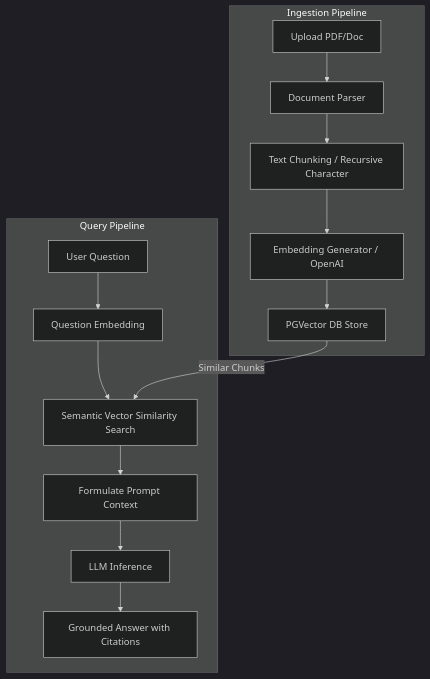
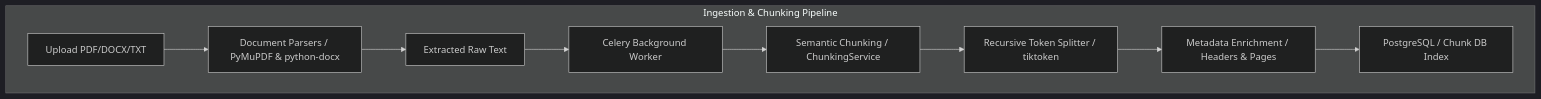
The fourth of 6 diagrams in docs/architecture.md (Hariom9951/Enterprise-RAG-AI-Assistant), drawn with Mermaid (dark theme) before and after one commit. The commit also changed other lines of this file and 17 other files, not shown here.

Commit message:
feat: implement semantic chunking & metadata enrichment (Phase 6)

````diff
--- a/docs/architecture.md
+++ b/docs/architecture.md
@@ -111,18 +111,12 @@
 ```mermaid
 flowchart TD
-    subgraph Ingestion Pipeline
-        Doc[Upload PDF/Doc] --> Parse[Document Parser]
-        Parse --> Chunk[Text Chunking / Recursive Character]
-        Chunk --> Embed[Embedding Generator / OpenAI]
-        Embed --> Store[PGVector DB Store]
-    end
-
-    subgraph Query Pipeline
-        Query[User Question] --> QueryEmbed[Question Embedding]
-        QueryEmbed --> Search[Semantic Vector Similarity Search]
-        Store -->|Similar Chunks| Search
-        Search --> Prompt[Formulate Prompt Context]
-        Prompt --> LLMCall[LLM Inference]
-        LLMCall --> Response[Grounded Answer with Citations]
+    subgraph Ingestion & Chunking Pipeline
+        Doc[Upload PDF/DOCX/TXT] --> Parser[Document Parsers / PyMuPDF & python-docx]
+        Parser --> ExtractedText[Extracted Raw Text]
+        ExtractedText --> CeleryTask[Celery Background Worker]
+        CeleryTask --> Chunker[Semantic Chunking / ChunkingService]
+        Chunker --> RecursiveSplit[Recursive Token Splitter / tiktoken]
+        RecursiveSplit --> Enrich[Metadata Enrichment / Headers & Pages]
+        Enrich --> Store[PostgreSQL / Chunk DB Index]
     end
 ```
````
